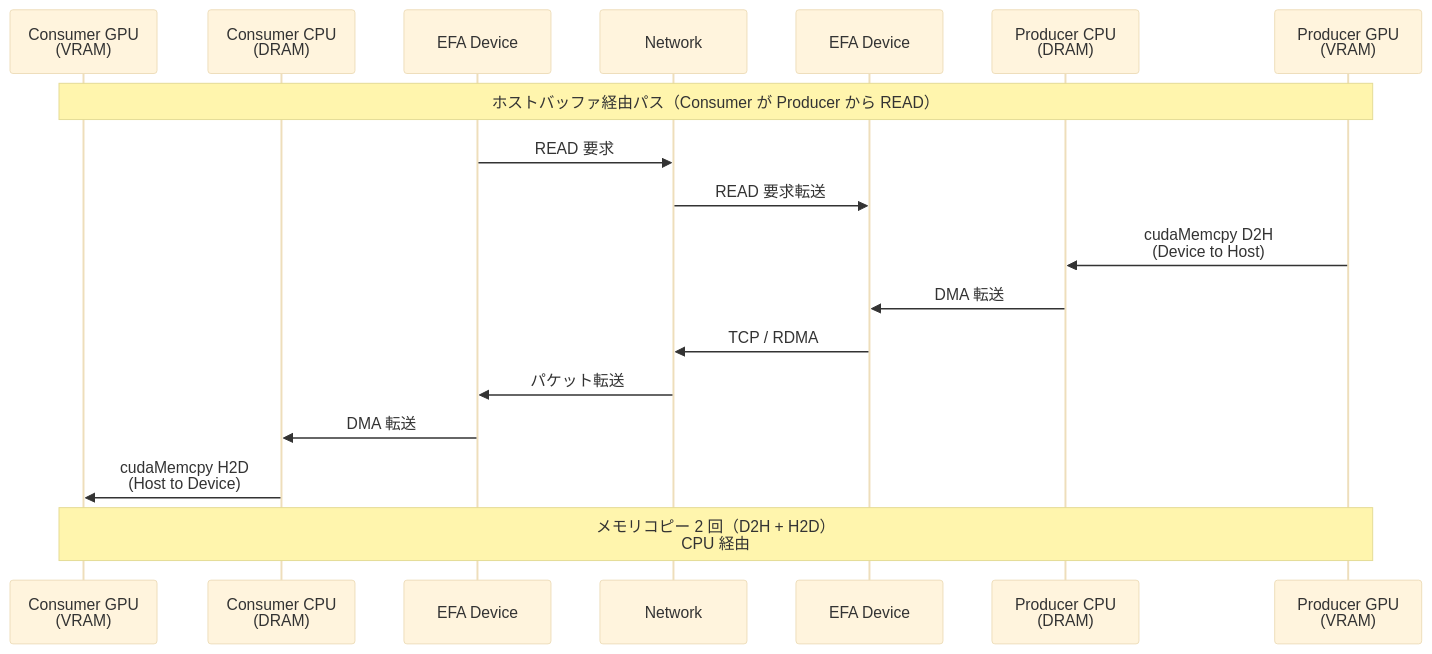
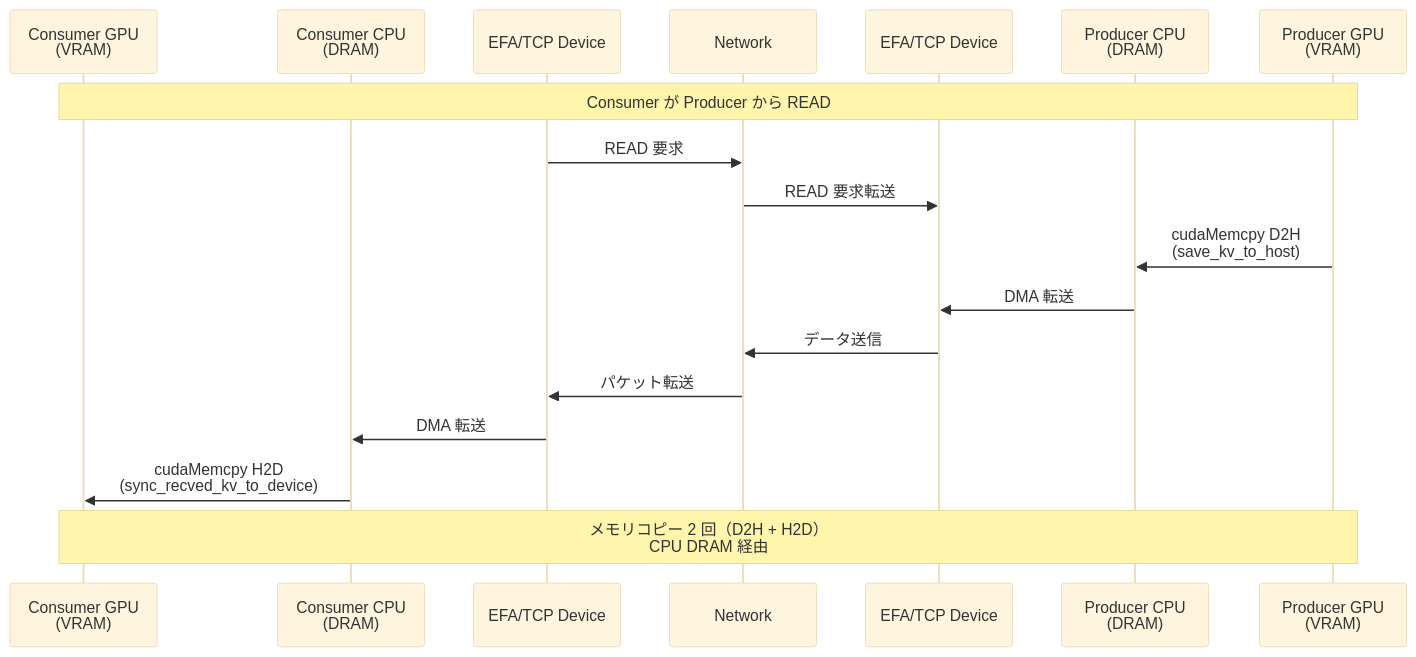
The fifth of 15 diagrams in articles/3dd524130320d3.md (littlemex/zenn), drawn with Mermaid (base theme) before and after one commit. The commit also changed other lines of this file, not shown here.

````diff
--- a/articles/3dd524130320d3.md
+++ b/articles/3dd524130320d3.md
@@ -128,20 +195,20 @@
 ```mermaid
 sequenceDiagram
     participant Consumer_GPU as Consumer GPU<br/>(VRAM)
     participant Consumer_CPU as Consumer CPU<br/>(DRAM)
-    participant EFA_C as EFA Device
+    participant EFA_C as EFA/TCP Device
     participant Network as Network
-    participant EFA_P as EFA Device
+    participant EFA_P as EFA/TCP Device
     participant Producer_CPU as Producer CPU<br/>(DRAM)
     participant Producer_GPU as Producer GPU<br/>(VRAM)
-    Note over Consumer_GPU,Producer_GPU: ホストバッファ経由パス（Consumer が Producer から READ）
+    Note over Consumer_GPU,Producer_GPU: Consumer が Producer から READ
     EFA_C->>Network: READ 要求
     Network->>EFA_P: READ 要求転送
-    Producer_GPU->>Producer_CPU: cudaMemcpy D2H<br/>(Device to Host)
+    Producer_GPU->>Producer_CPU: cudaMemcpy D2H<br/>(save_kv_to_host)
     Producer_CPU->>EFA_P: DMA 転送
-    EFA_P->>Network: TCP / RDMA
+    EFA_P->>Network: データ送信
     Network->>EFA_C: パケット転送
     EFA_C->>Consumer_CPU: DMA 転送
-    Consumer_CPU->>Consumer_GPU: cudaMemcpy H2D<br/>(Host to Device)
-    Note over Consumer_GPU,Producer_GPU: メモリコピー 2 回（D2H + H2D）<br/>CPU 経由
+    Consumer_CPU->>Consumer_GPU: cudaMemcpy H2D<br/>(sync_recved_kv_to_device)
+    Note over Consumer_GPU,Producer_GPU: メモリコピー 2 回（D2H + H2D）<br/>CPU DRAM 経由
 ```
````
